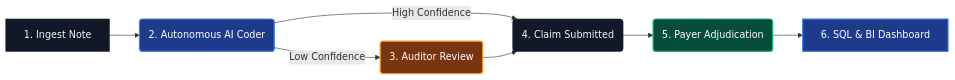
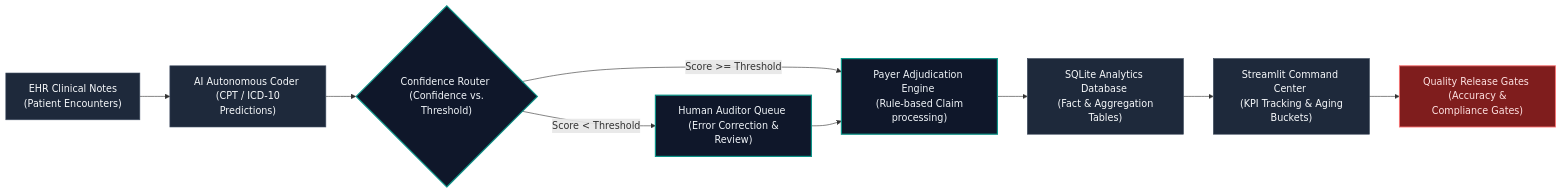
Before and after one commit to Navneet-Scaler/PulseAI: the diagram in README.md, drawn with Mermaid. The commit also changed other lines of this file, not shown here.

````diff
--- a/README.md
+++ b/README.md
@@ -20,22 +19,33 @@
 ```mermaid
 graph LR
-    %% Theme Setup
-    classDef default fill:#111827,stroke:#1f2937,stroke-width:1px,color:#f3f4f6;
-    classDef highlight fill:#1e3a8a,stroke:#3b82f6,stroke-width:2px,color:#ffffff;
-    classDef success fill:#064e3b,stroke:#10b981,stroke-width:2px,color:#ffffff;
-    classDef warning fill:#78350f,stroke:#f59e0b,stroke-width:2px,color:#ffffff;
+    %% Styling Classes
+    classDef input fill:#1E293B,stroke:#475569,stroke-width:1px,color:#F8FAFC;
+    classDef engine fill:#0F172A,stroke:#0D9488,stroke-width:2px,color:#F1F5F9;
+    classDef metric fill:#1E293B,stroke:#334155,stroke-width:1px,color:#F8FAFC;
+    classDef gate fill:#7F1D1D,stroke:#F87171,stroke-width:1.5px,color:#FEE2E2;
+    classDef pass fill:#064E3B,stroke:#34D399,stroke-width:1.5px,color:#D1FAE5;
 
-    A[1. Ingest Note] --> B(2. Autonomous AI Coder)
-    B -->|Low Confidence| C(3. Auditor Review)
-    B -->|High Confidence| D(4. Claim Submitted)
-    C --> D
-    D --> E(5. Payer Adjudication)
-    E --> F[6. SQL & BI Dashboard]
+    %% Data Nodes
+    A["EHR Clinical Notes <br> (Patient Encounters)"]:::input
+    B["AI Autonomous Coder <br> (CPT / ICD-10 Predictions)"]:::input
 
-    class A default;
-    class B highlight;
-    class C warning;
-    class D default;
-    class E success;
-    class F highlight;
+    %% Processing Nodes
+    C{"Confidence Router <br> (Confidence vs. Threshold)"}:::engine
+    D["Human Auditor Queue <br> (Error Correction & Review)"]:::engine
+    E["Payer Adjudication Engine <br> (Rule-based Claim processing)"]:::engine
+
+    %% Analytics & Observability Nodes
+    F["SQLite Analytics Database <br> (Fact & Aggregation Tables)"]:::metric
+    G["Streamlit Command Center <br> (KPI Tracking & Aging Buckets)"]:::metric
+    H["Quality Release Gates <br> (Accuracy & Compliance Gates)"]:::gate
+
+    %% Connections
+    A --> B
+    B --> C
+    C -->|Score < Threshold| D
+    C -->|Score >= Threshold| E
+    D --> E
+    E --> F
+    F --> G
+    G --> H
 ```
````
